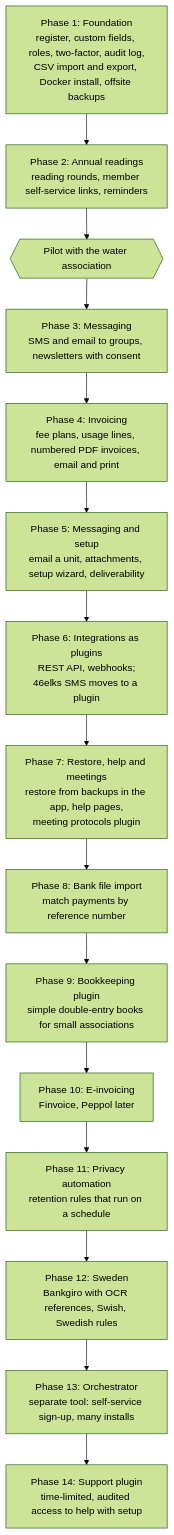
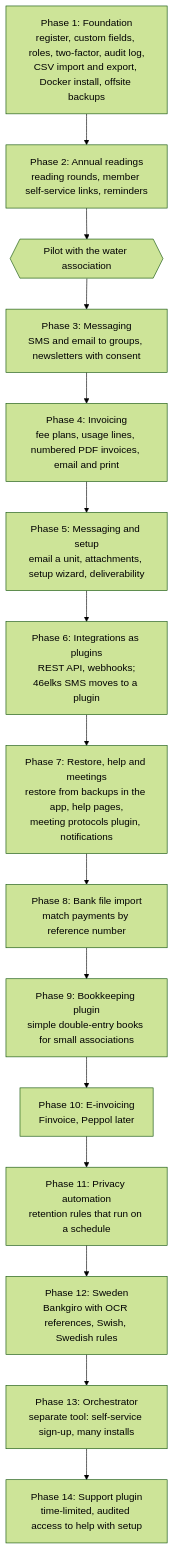
Before and after one commit to savv3/Metra: the second of 2 diagrams in docs/architecture.md, drawn with Mermaid (forest theme). The commit also changed other lines of this file, not shown here.

First line of the commit message:
Roadmap: add notifications with a bell icon to phase 7

````diff
--- a/docs/architecture.md
+++ b/docs/architecture.md
@@ -155,19 +155,19 @@
 ```mermaid
 flowchart TD
     p1[Phase 1: Foundation<br/>register, custom fields, roles, two-factor, audit log,<br/>CSV import and export, Docker install, offsite backups]
     p2[Phase 2: Annual readings<br/>reading rounds, member self-service links, reminders]
     gate{{Pilot with the water association}}
     p3[Phase 3: Messaging<br/>SMS and email to groups, newsletters with consent]
     p4[Phase 4: Invoicing<br/>fee plans, usage lines, numbered PDF invoices, email and print]
     p5[Phase 5: Messaging and setup<br/>email a unit, attachments, setup wizard, deliverability]
     p6[Phase 6: Integrations as plugins<br/>REST API, webhooks;<br/>46elks SMS moves to a plugin]
-    p7[Phase 7: Restore, help and meetings<br/>restore from backups in the app, help pages,<br/>meeting protocols plugin]
+    p7[Phase 7: Restore, help and meetings<br/>restore from backups in the app, help pages,<br/>meeting protocols plugin, notifications]
     p8[Phase 8: Bank file import<br/>match payments by reference number]
     p9[Phase 9: Bookkeeping plugin<br/>simple double-entry books for small associations]
     p10[Phase 10: E-invoicing<br/>Finvoice, Peppol later]
     p11[Phase 11: Privacy automation<br/>retention rules that run on a schedule]
     p12[Phase 12: Sweden<br/>Bankgiro with OCR references, Swish, Swedish rules]
     p13[Phase 13: Orchestrator<br/>separate tool: self-service sign-up, many installs]
     p14[Phase 14: Support plugin<br/>time-limited, audited access to help with setup]
     p1 --> p2 --> gate --> p3 --> p4 --> p5 --> p6 --> p7 --> p8 --> p9 --> p10 --> p11 --> p12 --> p13 --> p14
 ```
````
